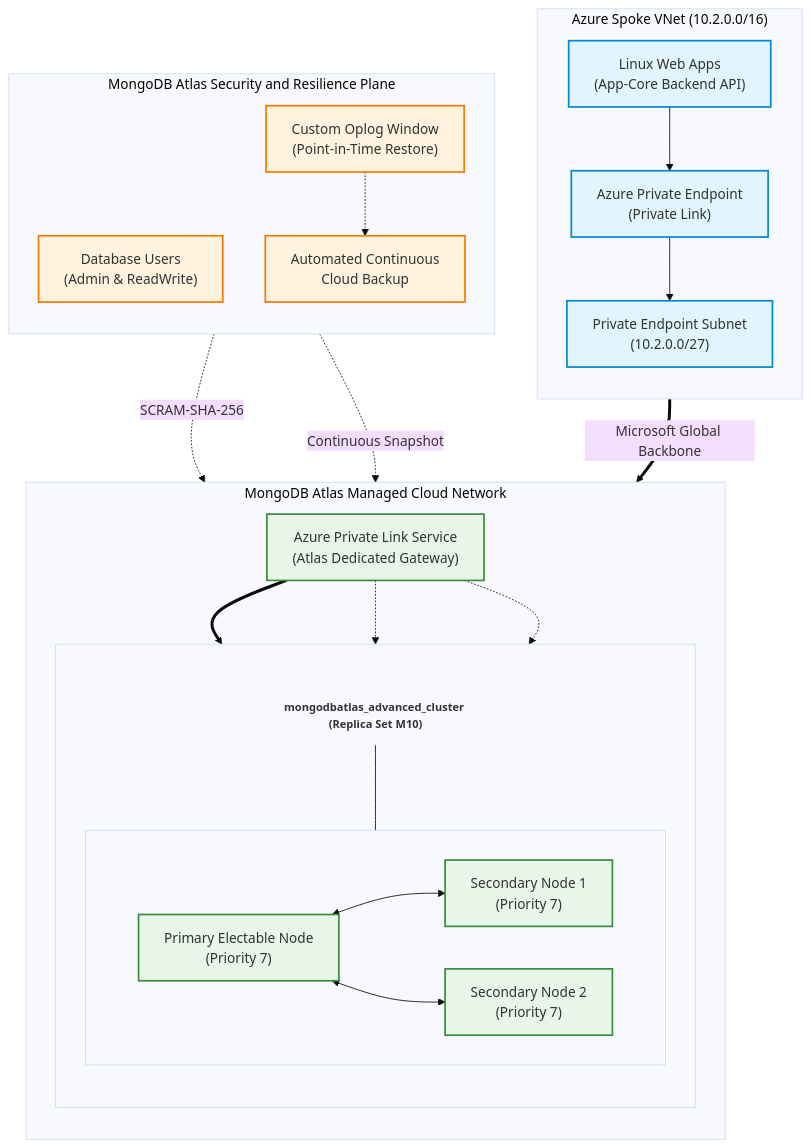
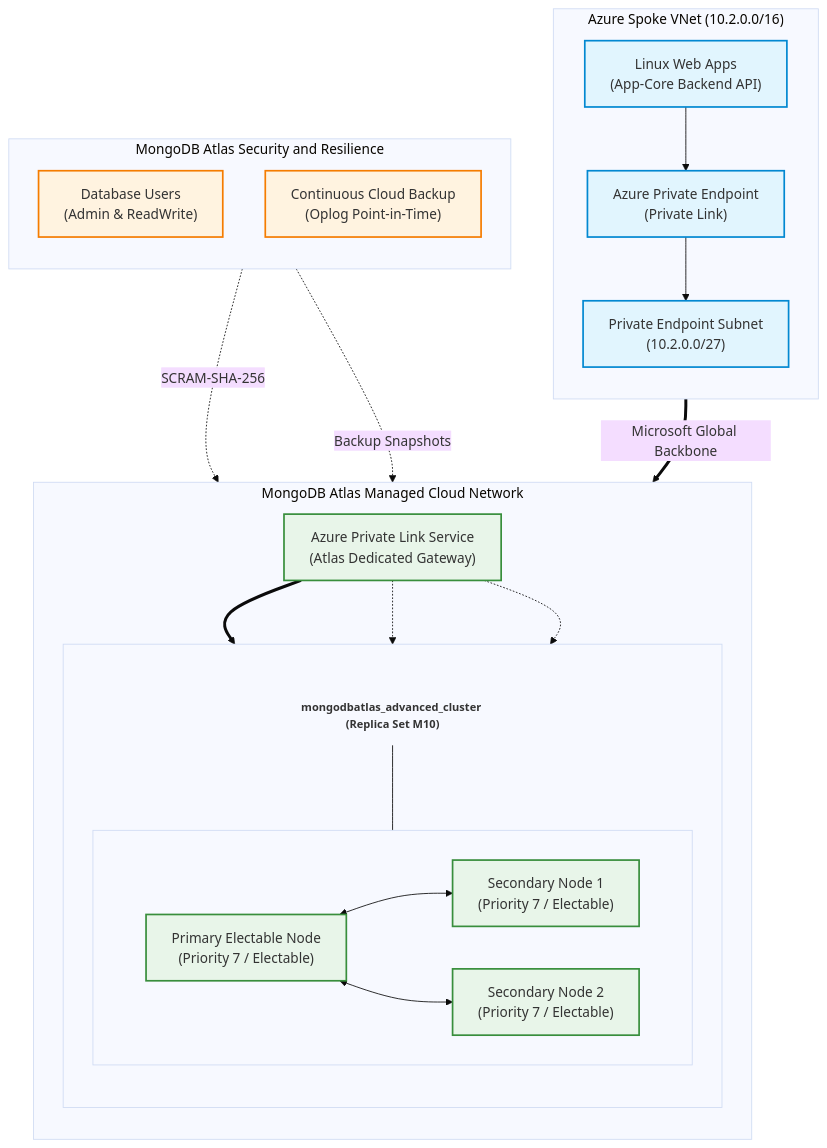
One commit to nubenetes/terraform-azure-devops-agentic changed the sixth of 6 diagrams in README.md. Above: the diagram before and after it, drawn with Mermaid (base theme). The commit also changed other lines of this file, not shown here.

Commit message:
docs: streamline State Boundary, Identity Plane and Atlas diagrams to eliminate crossing lines and text collisions

````diff
--- a/README.md
+++ b/README.md
@@ -688,53 +679,51 @@
 ```mermaid
 flowchart TD
     classDef azure fill:#e1f5fe,stroke:#0288d1,stroke-width:2px;
     classDef mongo fill:#e8f5e9,stroke:#388e3c,stroke-width:2px;
     classDef sec fill:#fff3e0,stroke:#f57c00,stroke-width:2px;
     classDef title fill:none,stroke:none,font-weight:bold,font-size:13px;
 
     subgraph Azure_Spoke ["Azure Spoke VNet (10.2.0.0/16)"]
         direction TB
         WebApps["Linux Web Apps<br/>(App-Core Backend API)"]
         PE["Azure Private Endpoint<br/>(Private Link)"]
         PE_Subnet["Private Endpoint Subnet<br/>(10.2.0.0/27)"]
         WebApps --> PE
         PE --> PE_Subnet
     end
 
     subgraph Mongo_Network ["MongoDB Atlas Managed Cloud Network"]
         direction TB
         PLS["Azure Private Link Service<br/>(Atlas Dedicated Gateway)"]
         subgraph Replica_Set [" "]
             direction TB
             R_Title["mongodbatlas_advanced_cluster (Replica Set M10)"]:::title
             subgraph Nodes [" "]
                 direction LR
-                Primary["Primary Electable Node<br/>(Priority 7)"]
-                Secondary1["Secondary Node 1<br/>(Priority 7)"]
-                Secondary2["Secondary Node 2<br/>(Priority 7)"]
+                Primary["Primary Electable Node<br/>(Priority 7 / Electable)"]
+                Secondary1["Secondary Node 1<br/>(Priority 7 / Electable)"]
+                Secondary2["Secondary Node 2<br/>(Priority 7 / Electable)"]
                 Primary <--> Secondary1
                 Primary <--> Secondary2
             end
             R_Title --- Nodes
         end
         PLS ==> Primary
         PLS -.-> Secondary1
         PLS -.-> Secondary2
     end
 
-    subgraph Atlas_Governance ["MongoDB Atlas Security and Resilience Plane"]
+    subgraph Atlas_Governance ["MongoDB Atlas Security and Resilience"]
         direction TB
         DB_Users["Database Users<br/>(Admin & ReadWrite)"]
-        Cloud_Backup["Automated Continuous<br/>Cloud Backup"]
-        Oplog["Custom Oplog Window<br/>(Point-in-Time Restore)"]
-        Oplog -.-> Cloud_Backup
+        Cloud_Backup["Continuous Cloud Backup<br/>(Oplog Point-in-Time)"]
     end
 
     PE_Subnet ==>|"Microsoft Global Backbone"| PLS
     DB_Users -.->|"SCRAM-SHA-256"| Primary
-    Cloud_Backup -.->|"Continuous Snapshot"| Primary
+    Cloud_Backup -.->|"Backup Snapshots"| Secondary2
 
     class WebApps,PE,PE_Subnet azure;
     class PLS,Primary,Secondary1,Secondary2 mongo;
-    class DB_Users,Cloud_Backup,Oplog sec;
+    class DB_Users,Cloud_Backup sec;
 ```
````
